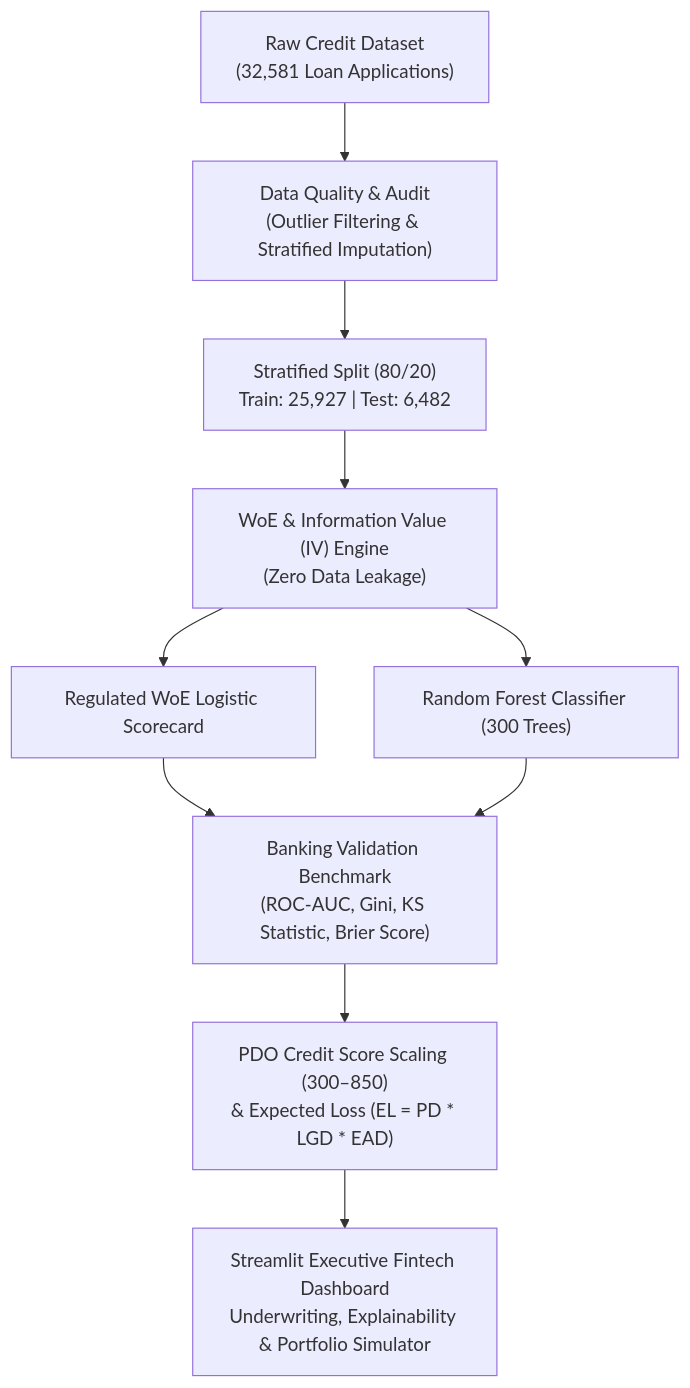
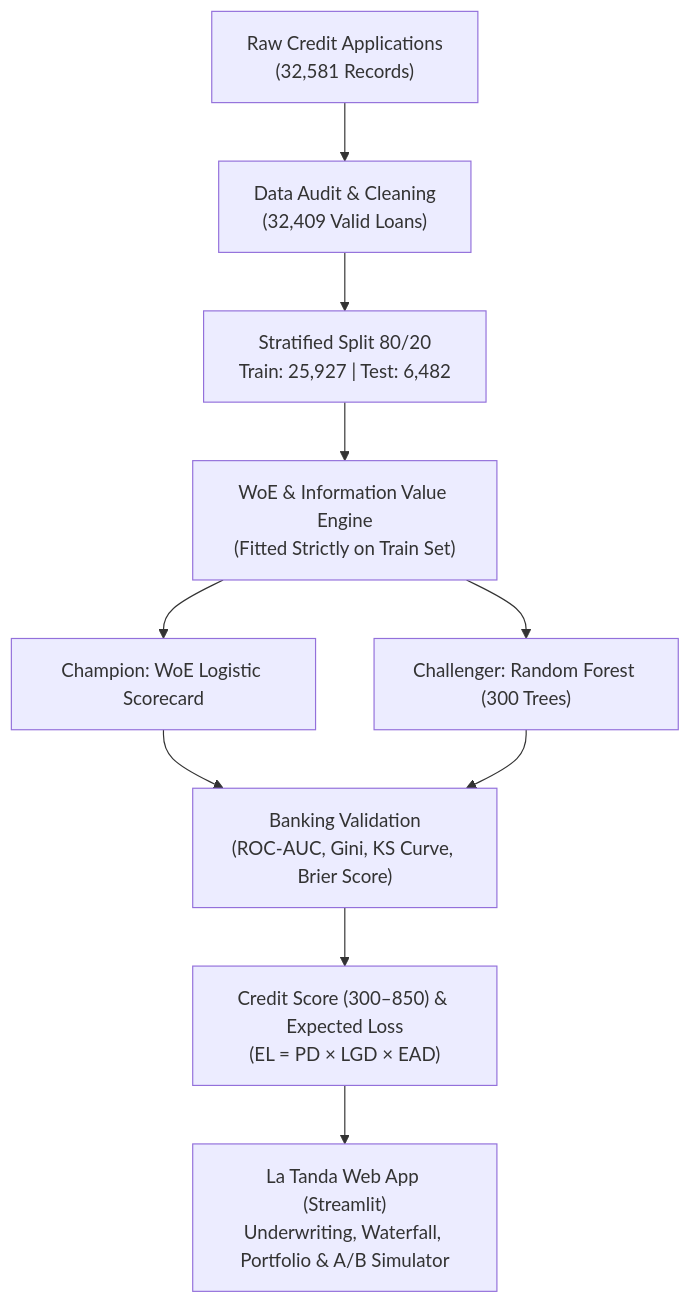
One commit to JavsG19/Credit-Risk-La-Tanda changed the diagram in README.md. Above: the diagram before and after it, drawn with Mermaid. The commit also changed other lines of this file, not shown here.

Commit message:
Write comprehensive, natural business-focused README for La Tanda

````diff
--- a/README.md
+++ b/README.md
@@ -27,12 +69,12 @@
 ```mermaid
 flowchart TD
-    A["Raw Credit Dataset<br/>(32,581 Loan Applications)"] --> B["Data Quality & Audit<br/>(Outlier Filtering & Stratified Imputation)"]
-    B --> C["Stratified Split (80/20)<br/>Train: 25,927 | Test: 6,482"]
-    C --> D["WoE & Information Value (IV) Engine<br/>(Zero Data Leakage)"]
-    D --> E1["Regulated WoE Logistic Scorecard"]
-    D --> E2["Random Forest Classifier (300 Trees)"]
-    E1 --> F["Banking Validation Benchmark<br/>(ROC-AUC, Gini, KS Statistic, Brier Score)"]
+    A["Raw Credit Applications<br/>(32,581 Records)"] --> B["Data Audit & Cleaning<br/>(32,409 Valid Loans)"]
+    B --> C["Stratified Split 80/20<br/>Train: 25,927 | Test: 6,482"]
+    C --> D["WoE & Information Value Engine<br/>(Fitted Strictly on Train Set)"]
+    D --> E1["Champion: WoE Logistic Scorecard"]
+    D --> E2["Challenger: Random Forest (300 Trees)"]
+    E1 --> F["Banking Validation<br/>(ROC-AUC, Gini, KS Curve, Brier Score)"]
     E2 --> F
-    F --> G["PDO Credit Score Scaling (300–850)<br/>& Expected Loss (EL = PD * LGD * EAD)"]
-    G --> H["Streamlit Executive Fintech Dashboard<br/>Underwriting, Explainability & Portfolio Simulator"]
+    F --> G["Credit Score (300–850) & Expected Loss<br/>(EL = PD × LGD × EAD)"]
+    G --> H["La Tanda Web App (Streamlit)<br/>Underwriting, Waterfall, Portfolio & A/B Simulator"]
 ```
````
